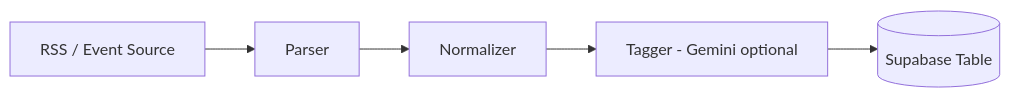
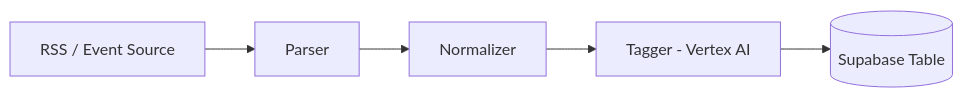
Before and after one commit to Buc-Capstone-Dibut/buc_Capstone_DEMO: the diagram in crawler/README.md, drawn with Mermaid. The commit also changed other lines of this file and 2 other files, not shown here.

Commit message:
hotfix(crawler): configure GitHub Actions for Vertex AI

````diff
--- a/crawler/README.md
+++ b/crawler/README.md
@@ -7,7 +7,7 @@
 ```mermaid
 flowchart LR
     SRC[RSS / Event Source] --> P[Parser]
     P --> N[Normalizer]
-    N --> T[Tagger - Gemini optional]
+    N --> T[Tagger - Vertex AI]
     T --> OUT[(Supabase Table)]
 ```
````
